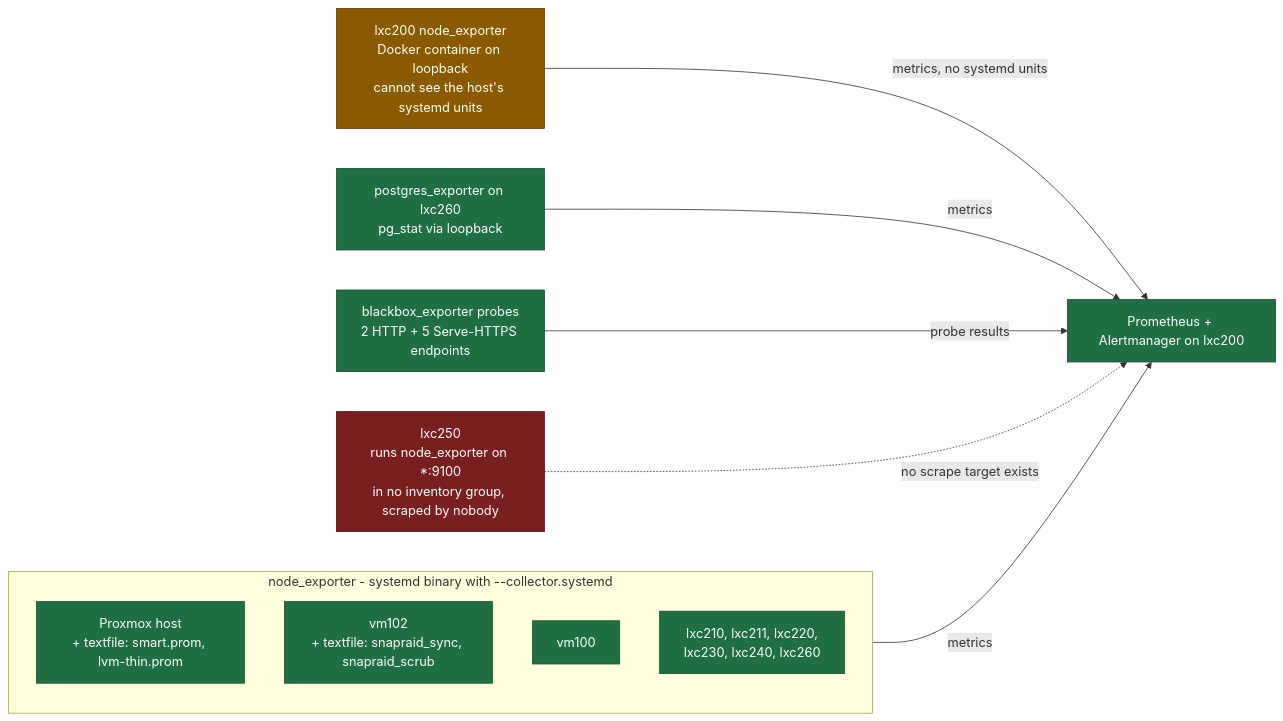
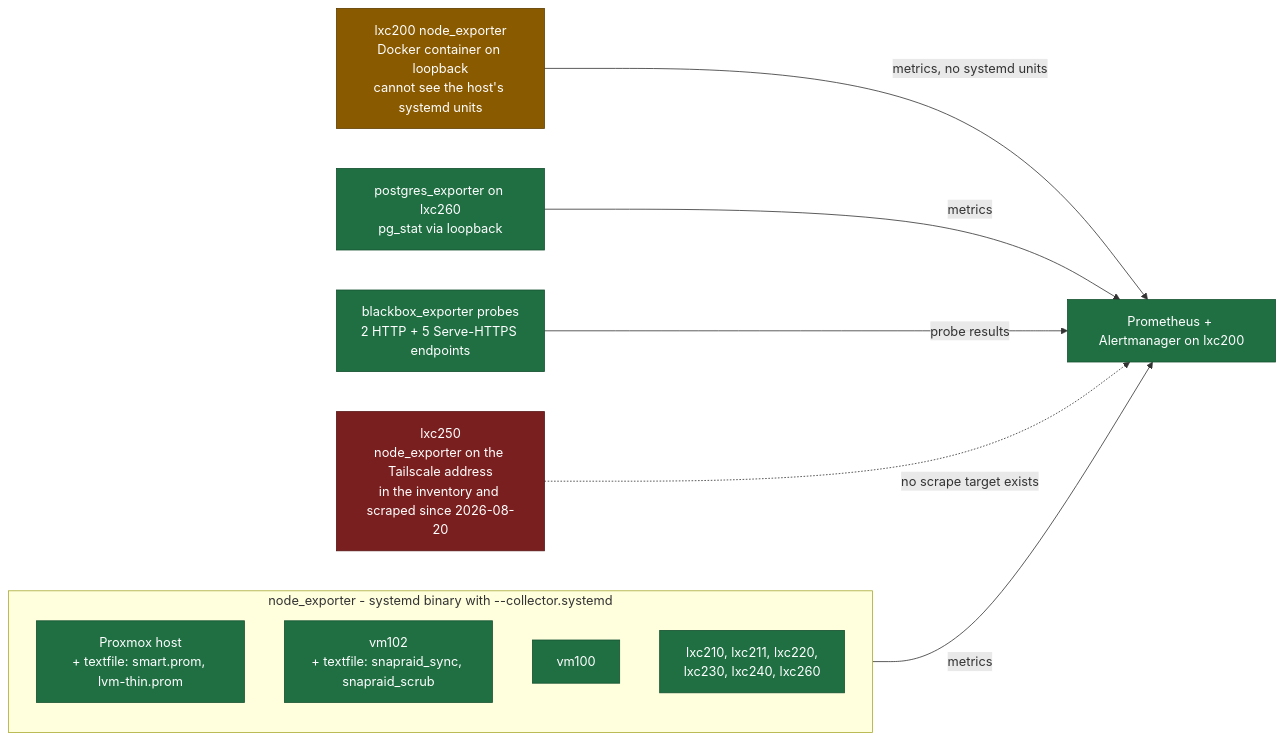
One commit to sohanreddyk/homelab-server-architecture changed the fourth of 4 diagrams in docs/architecture/diagram.md. Above: the diagram before and after it, drawn with Mermaid. The commit also changed other lines of this file and 15 other files, not shown here.

````diff
--- a/docs/architecture/diagram.md
+++ b/docs/architecture/diagram.md
@@ -214,33 +214,33 @@
 ```mermaid
 flowchart LR
   accTitle: Monitoring coverage by exporter class
   accDescr: node_exporter, postgres_exporter and blackbox probes delivering metrics to Prometheus on lxc200, with the two coverage gaps marked.
 
   subgraph targets["node_exporter - systemd binary with --collector.systemd"]
     HOST["Proxmox host<br/>+ textfile: smart.prom, lvm-thin.prom"]
     VM102["vm102<br/>+ textfile: snapraid_sync, snapraid_scrub"]
     VM100["vm100"]
     NODES["lxc210, lxc211, lxc220,<br/>lxc230, lxc240, lxc260"]
   end
 
   LXC200SELF["lxc200 node_exporter<br/>Docker container on loopback<br/>cannot see the host's systemd units"]
   PGEXP["postgres_exporter on lxc260<br/>pg_stat via loopback"]
   BLACKBOX["blackbox_exporter probes<br/>2 HTTP + 5 Serve-HTTPS endpoints"]
-  LXC250["lxc250<br/>runs node_exporter on *:9100<br/>in no inventory group, scraped by nobody"]
+  LXC250["lxc250<br/>node_exporter on the Tailscale address<br/>in the inventory and scraped since 2026-08-20"]
 
   PROM["Prometheus + Alertmanager on lxc200"]
 
   targets -->|"metrics"| PROM
   LXC200SELF -->|"metrics, no systemd units"| PROM
   PGEXP -->|"metrics"| PROM
   BLACKBOX -->|"probe results"| PROM
   LXC250 -.->|"no scrape target exists"| PROM
 
   classDef ok fill:#1f6f43,stroke:#14512f,color:#ffffff
   classDef partial fill:#8a5a00,stroke:#5f3e00,color:#ffffff
   classDef gap fill:#7a1f1f,stroke:#571414,color:#ffffff
   class HOST,VM102,VM100,NODES,PGEXP,BLACKBOX ok
   class LXC200SELF partial
   class LXC250 gap
   class PROM ok
 ```
````
